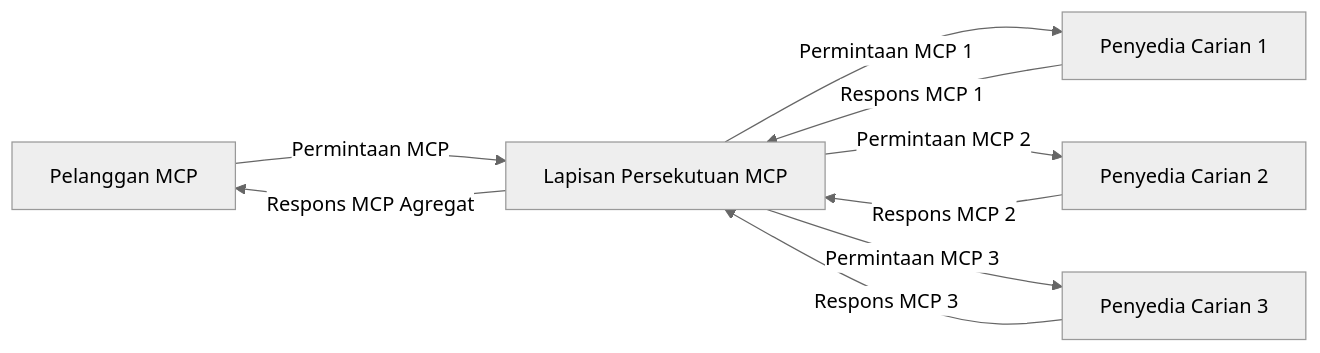
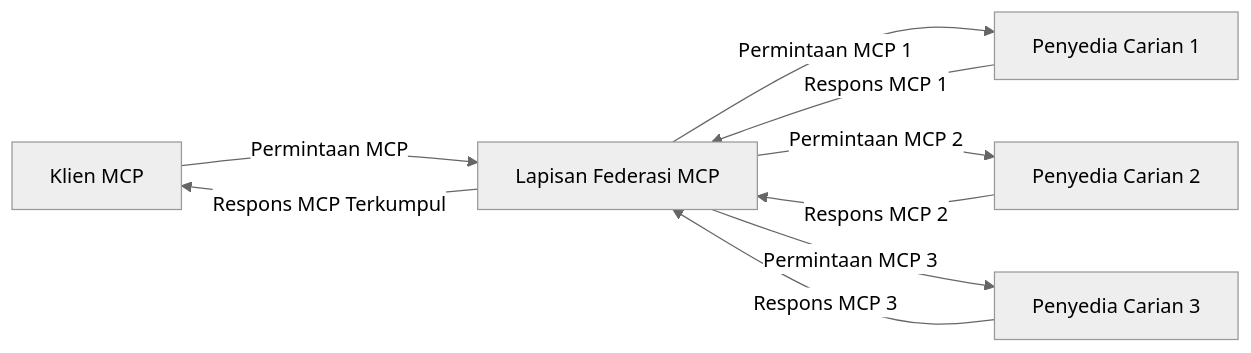
One commit to microsoft/mcp-for-beginners changed the third of 4 diagrams in translations/ms/05-AdvancedTopics/mcp-realtimesearch/README.md. Above: the diagram before and after it, drawn with Mermaid (neutral theme). The commit also changed other lines of this file and 152 other files, not shown here.

````diff
--- a/translations/ms/05-AdvancedTopics/mcp-realtimesearch/README.md
+++ b/translations/ms/05-AdvancedTopics/mcp-realtimesearch/README.md
@@ -610,11 +612,11 @@
 ```mermaid
 graph LR
-    Client[Pelanggan MCP] --> |Permintaan MCP| Federation[Lapisan Persekutuan MCP]
+    Client[Klien MCP] --> |Permintaan MCP| Federation[Lapisan Federasi MCP]
     Federation --> |Permintaan MCP 1| Search1[Penyedia Carian 1]
     Federation --> |Permintaan MCP 2| Search2[Penyedia Carian 2]
     Federation --> |Permintaan MCP 3| Search3[Penyedia Carian 3]
     Search1 --> |Respons MCP 1| Federation
     Search2 --> |Respons MCP 2| Federation
     Search3 --> |Respons MCP 3| Federation
-    Federation --> |Respons MCP Agregat| Client
+    Federation --> |Respons MCP Terkumpul| Client
 ```
````
